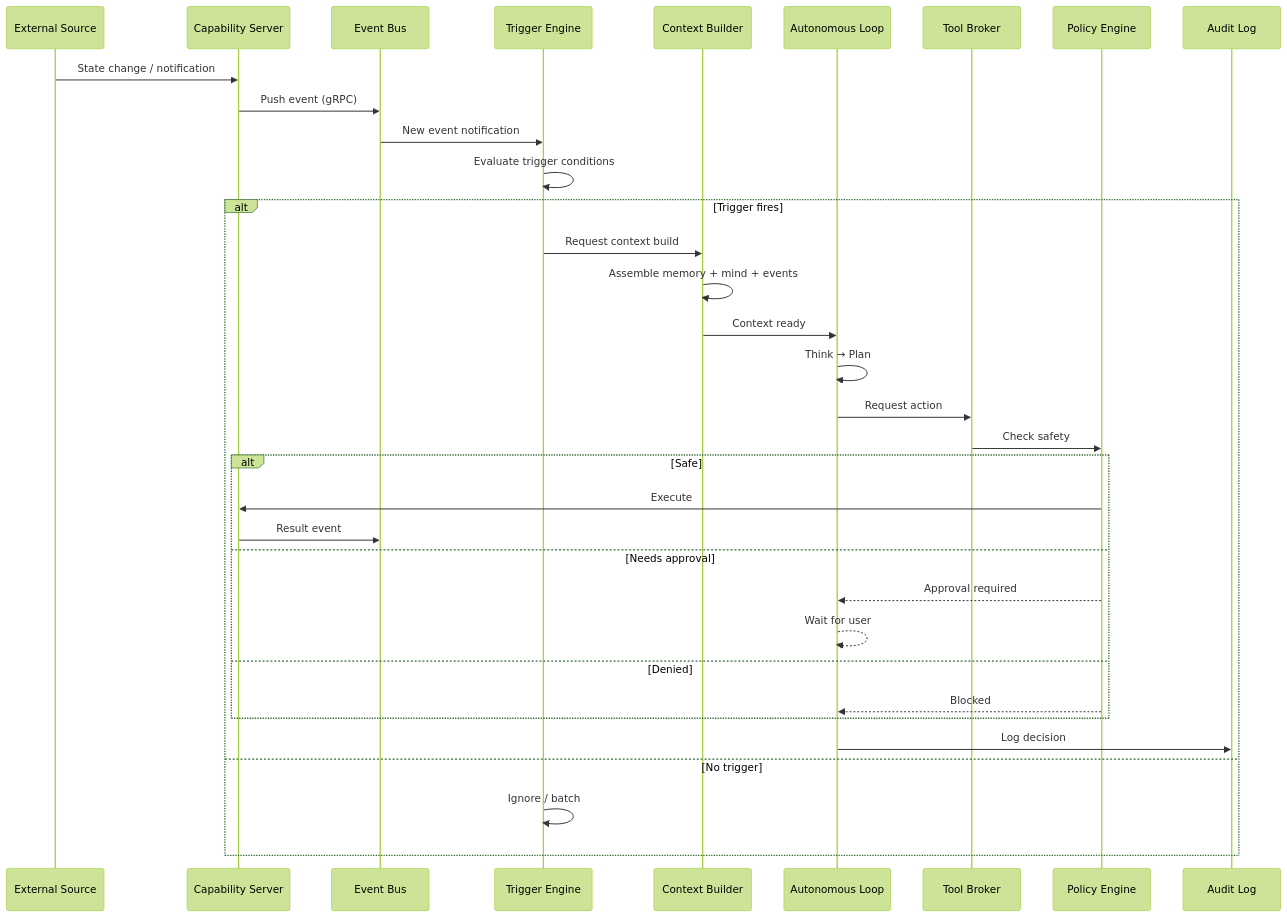
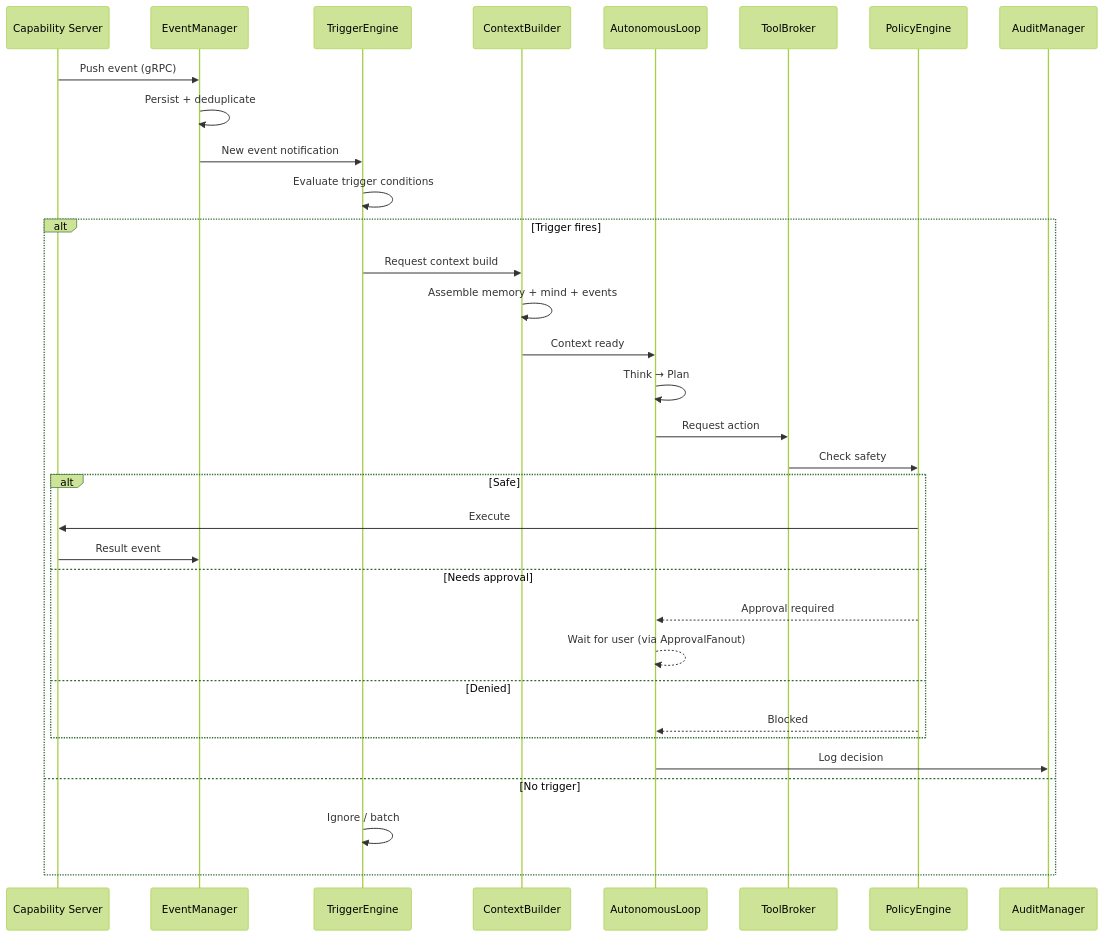
Before and after one commit to Kohaku912/AEGIS: the second of 3 diagrams in docs/architecture.md, drawn with Mermaid (forest theme). The commit also changed other lines of this file and 17 other files, not shown here.

````diff
--- a/docs/architecture.md
+++ b/docs/architecture.md
@@ -447,37 +532,36 @@
 ```mermaid
 sequenceDiagram
-    participant Ext as External Source
     participant Svr as Capability Server
-    participant EB as Event Bus
-    participant TE as Trigger Engine
-    participant CB as Context Builder
-    participant AL as Autonomous Loop
-    participant TB as Tool Broker
-    participant PE as Policy Engine
-    participant AU as Audit Log
+    participant EM as EventManager
+    participant TE as TriggerEngine
+    participant CB as ContextBuilder
+    participant AL as AutonomousLoop
+    participant TB as ToolBroker
+    participant PE as PolicyEngine
+    participant AM as AuditManager
 
-    Ext->>Svr: State change / notification
-    Svr->>EB: Push event (gRPC)
-    EB->>TE: New event notification
+    Svr->>EM: Push event (gRPC)
+    EM->>EM: Persist + deduplicate
+    EM->>TE: New event notification
     TE->>TE: Evaluate trigger conditions
     alt Trigger fires
         TE->>CB: Request context build
         CB->>CB: Assemble memory + mind + events
         CB->>AL: Context ready
         AL->>AL: Think → Plan
         AL->>TB: Request action
         TB->>PE: Check safety
         alt Safe
             PE->>Svr: Execute
-            Svr->>EB: Result event
+            Svr->>EM: Result event
         else Needs approval
             PE-->>AL: Approval required
-            AL-->>AL: Wait for user
+            AL-->>AL: Wait for user (via ApprovalFanout)
         else Denied
             PE-->>AL: Blocked
         end
-        AL->>AU: Log decision
+        AL->>AM: Log decision
     else No trigger
         TE->>TE: Ignore / batch
     end
 ```
````
